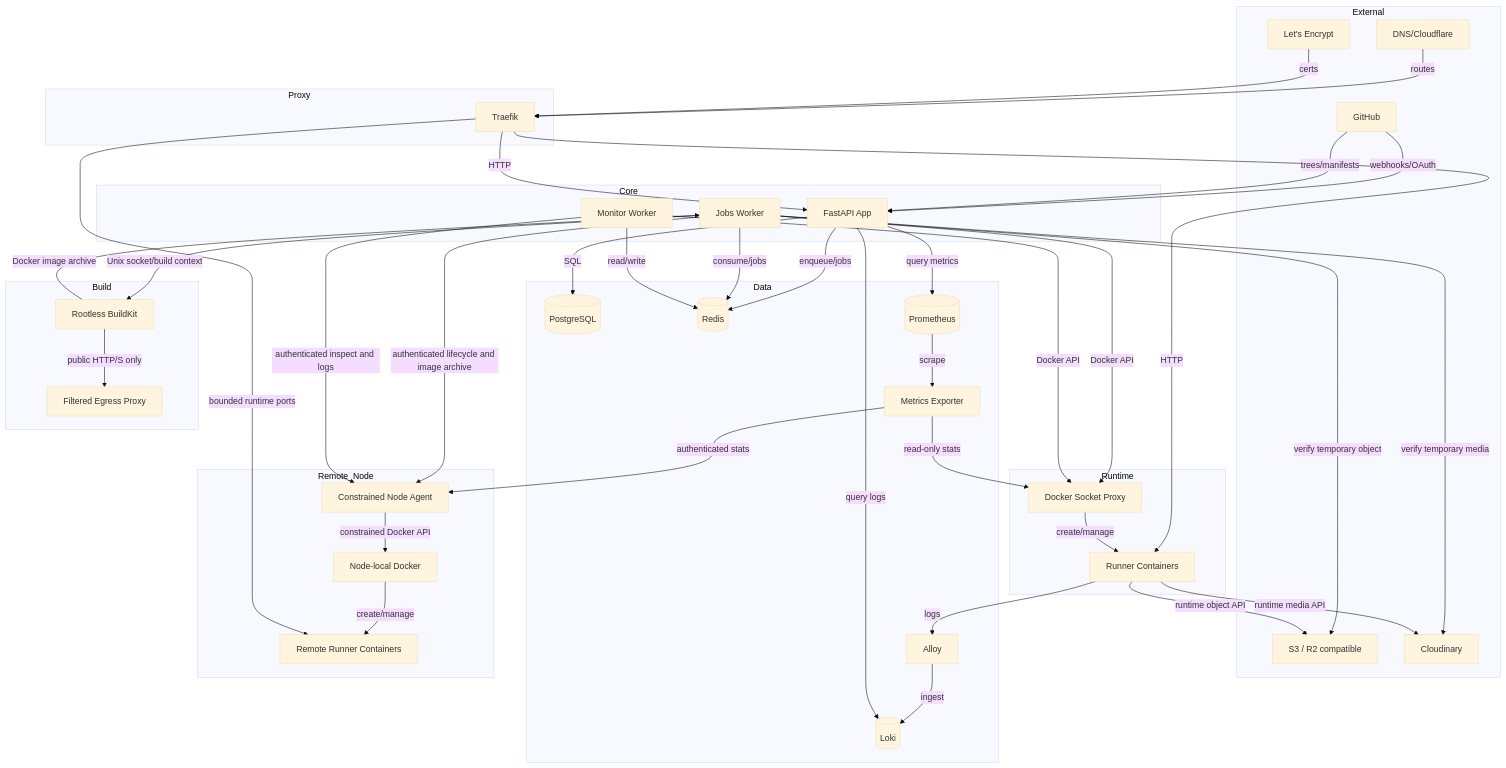
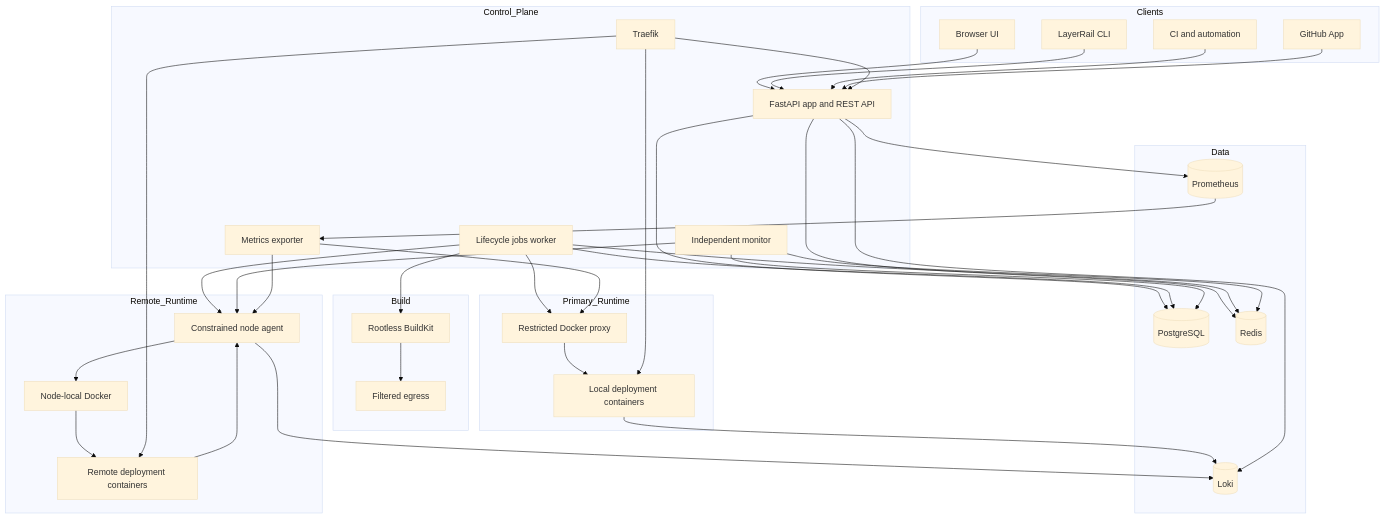
One commit to mayowaoladosu/devvpush changed the diagram in ARCHITECTURE.md. Above: the diagram before and after it, drawn with Mermaid (base theme). The commit also changed other lines of this file and 100 other files, not shown here.

Commit message:
feat(platform): launch LayerRail control plane

````diff
--- a/ARCHITECTURE.md
+++ b/ARCHITECTURE.md
@@ -52,78 +7,70 @@
 ```mermaid
 flowchart TB
-  subgraph External
-    GH[GitHub]
-    DNS[DNS/Cloudflare]
-    ACME[Let's Encrypt]
-    OBJ[S3 / R2 compatible]
-    MEDIA[Cloudinary]
+  subgraph Clients
+    UI[Browser UI]
+    CLI[LayerRail CLI]
+    CI[CI and automation]
+    GH[GitHub App]
   end
 
-  subgraph Proxy
-    T[Traefik]
-  end
-
-  subgraph Core
-    A[FastAPI App]
-    W[Jobs Worker]
-    M[Monitor Worker]
+  subgraph Control_Plane
+    APP[FastAPI app and REST API]
+    JOBS[Lifecycle jobs worker]
+    MON[Independent monitor]
+    METRICS[Metrics exporter]
+    TRAEFIK[Traefik]
   end
 
   subgraph Data
     PG[(PostgreSQL)]
-    R[(Redis)]
-    AL[Alloy]
-    L[(Loki)]
-    MX[Metrics Exporter]
-    P[(Prometheus)]
-  end
-
-  subgraph Runtime
-    DP[Docker Socket Proxy]
-    RC[Runner Containers]
-  end
-
-  subgraph Remote_Node
-    NA[Constrained Node Agent]
-    RD[Node-local Docker]
-    RRC[Remote Runner Containers]
+    REDIS[(Redis)]
+    LOKI[(Loki)]
+    PROM[(Prometheus)]
   end
 
   subgraph Build
     BK[Rootless BuildKit]
-    EP[Filtered Egress Proxy]
+    EGRESS[Filtered egress]
   end
 
-  GH -- webhooks/OAuth --> A
-  GH -- trees/manifests --> A
-  DNS -- routes --> T
-  ACME -- certs --> T
-  T -- HTTP --> A
-  T -- HTTP --> RC
-  A -- SQL --> PG
-  A -- enqueue/jobs --> R
-  W -- consume/jobs --> R
-  W -- verify temporary object --> OBJ
-  W -- verify temporary media --> MEDIA
-  M -- read/write --> R
-  W -- Docker API --> DP
-  W -- Unix socket/build context --> BK
-  BK -- Docker image archive --> W
-  BK -- public HTTP/S only --> EP
-  M -- Docker API --> DP
-  DP -- create/manage --> RC
-  W -- authenticated lifecycle and image archive --> NA
-  M -- authenticated inspect and logs --> NA
-  MX -- authenticated stats --> NA
-  NA -- constrained Docker API --> RD
-  RD -- create/manage --> RRC
-  T -- bounded runtime ports --> RRC
-  RC -- runtime object API --> OBJ
-  RC -- runtime media API --> MEDIA
-  MX -- read-only stats --> DP
-  P -- scrape --> MX
-  A -- query metrics --> P
-  RC -- logs --> AL
-  AL -- ingest --> L
-  A -- query logs --> L
+  subgraph Primary_Runtime
+    PROXY[Restricted Docker proxy]
+    LOCAL[Local deployment containers]
+  end
+
+  subgraph Remote_Runtime
+    AGENT[Constrained node agent]
+    DOCKER[Node-local Docker]
+    REMOTE[Remote deployment containers]
+  end
+
+  UI --> APP
+  CLI --> APP
+  CI --> APP
+  GH --> APP
+  APP --> PG
+  APP --> REDIS
+  JOBS --> REDIS
+  JOBS --> PG
+  MON --> PG
+  MON --> REDIS
+  JOBS --> BK
+  BK --> EGRESS
+  JOBS --> PROXY
+  PROXY --> LOCAL
+  JOBS --> AGENT
+  MON --> AGENT
+  AGENT --> DOCKER
+  DOCKER --> REMOTE
+  TRAEFIK --> APP
+  TRAEFIK --> LOCAL
+  TRAEFIK --> REMOTE
+  LOCAL --> LOKI
+  REMOTE --> AGENT
+  AGENT --> LOKI
+  METRICS --> PROXY
+  METRICS --> AGENT
+  PROM --> METRICS
+  APP --> PROM
+  APP --> LOKI
 ```
````
